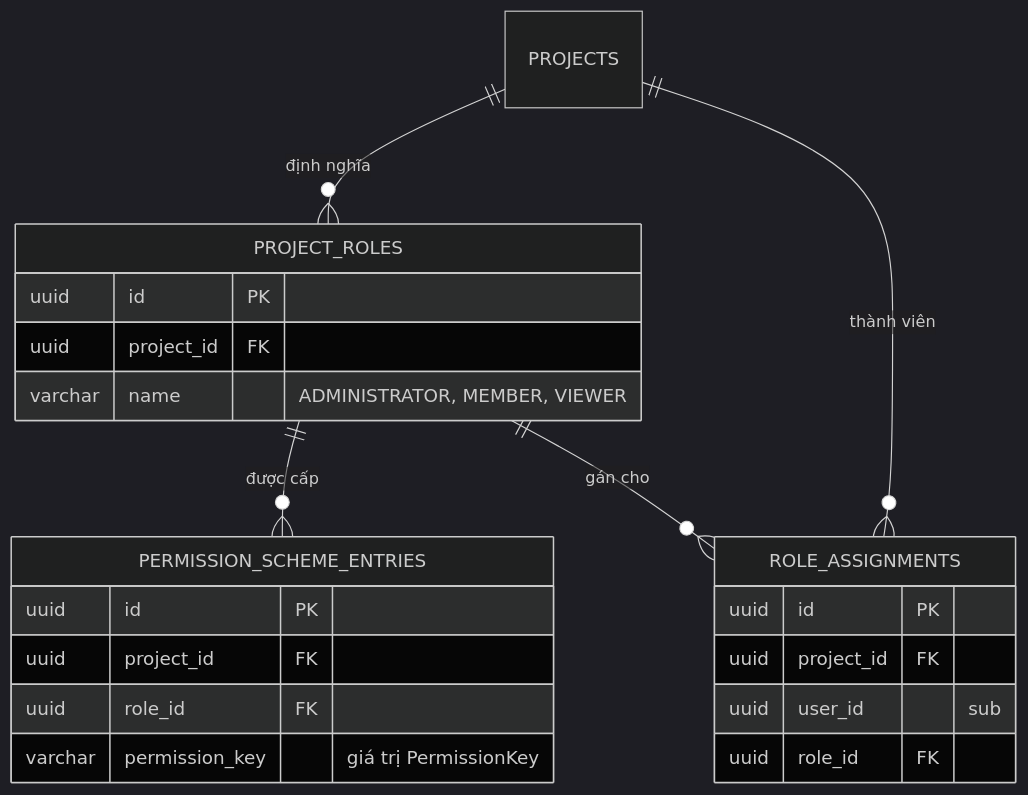
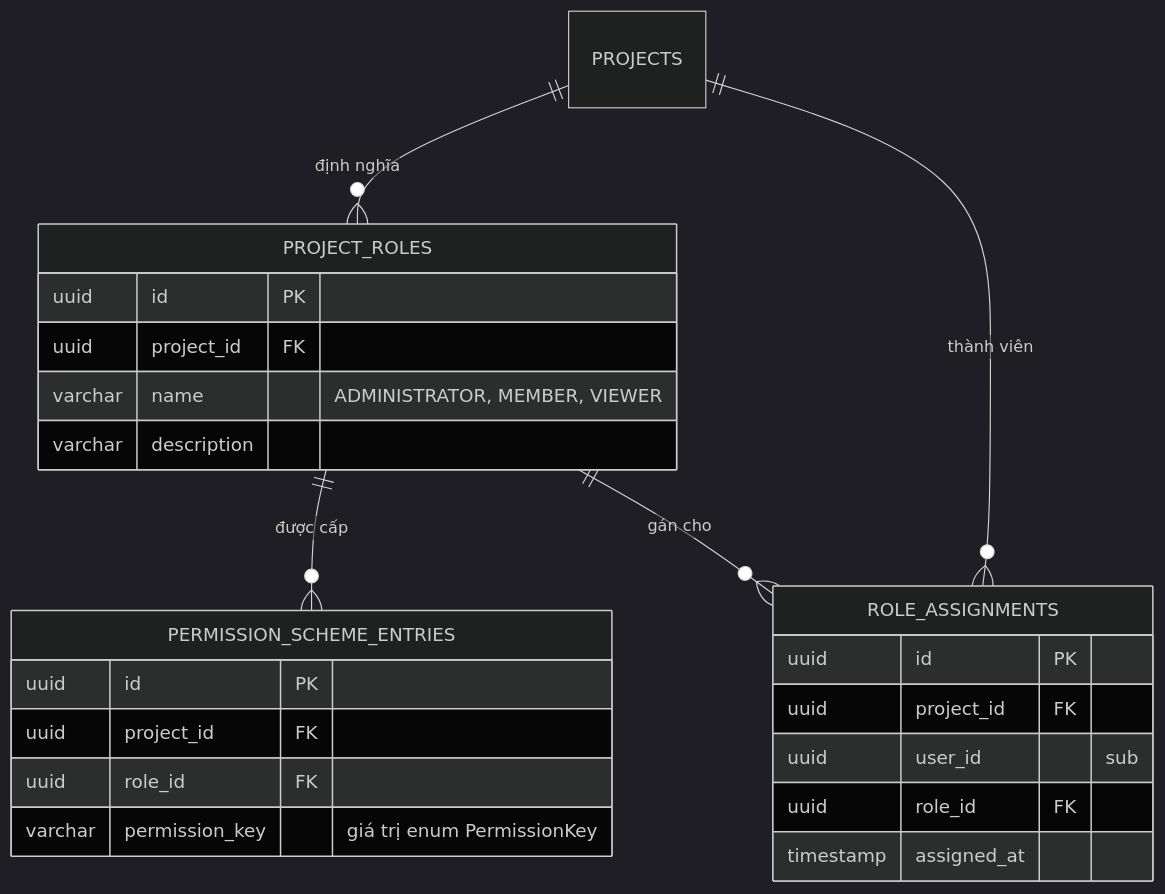
One commit to Hecker-Chuoi/DATN-2026 changed the sixth of 22 diagrams in formal_doc/01_QUAN_HE_THUC_THE.md. Above: the diagram before and after it, drawn with Mermaid (dark theme). The commit also changed other lines of this file and 60 other files, not shown here.

````diff
--- a/formal_doc/01_QUAN_HE_THUC_THE.md
+++ b/formal_doc/01_QUAN_HE_THUC_THE.md
@@ -194,24 +194,26 @@
 ```mermaid
 erDiagram
     PROJECTS ||--o{ PROJECT_ROLES : "định nghĩa"
     PROJECT_ROLES ||--o{ PERMISSION_SCHEME_ENTRIES : "được cấp"
     PROJECT_ROLES ||--o{ ROLE_ASSIGNMENTS : "gán cho"
     PROJECTS ||--o{ ROLE_ASSIGNMENTS : "thành viên"
     PROJECT_ROLES {
         uuid id PK
         uuid project_id FK
         varchar name "ADMINISTRATOR, MEMBER, VIEWER"
+        varchar description
     }
     PERMISSION_SCHEME_ENTRIES {
         uuid id PK
         uuid project_id FK
         uuid role_id FK
-        varchar permission_key "giá trị PermissionKey"
+        varchar permission_key "giá trị enum PermissionKey"
     }
     ROLE_ASSIGNMENTS {
         uuid id PK
         uuid project_id FK
         uuid user_id "sub"
         uuid role_id FK
+        timestamp assigned_at
     }
 ```
````
